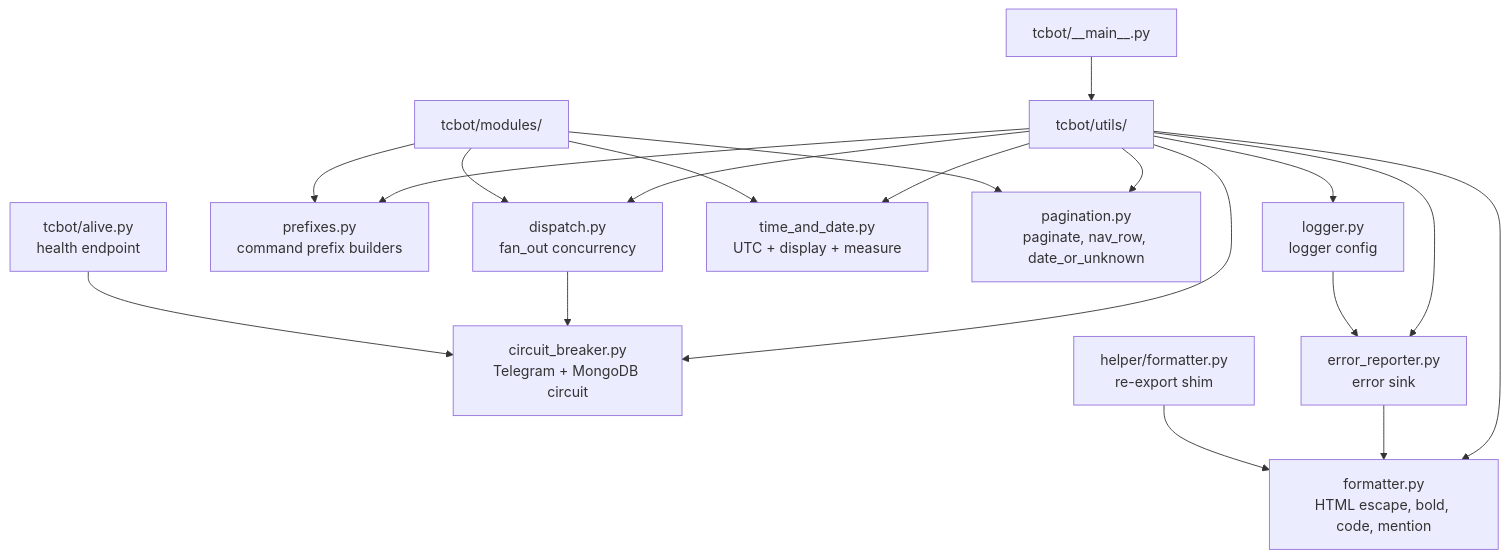
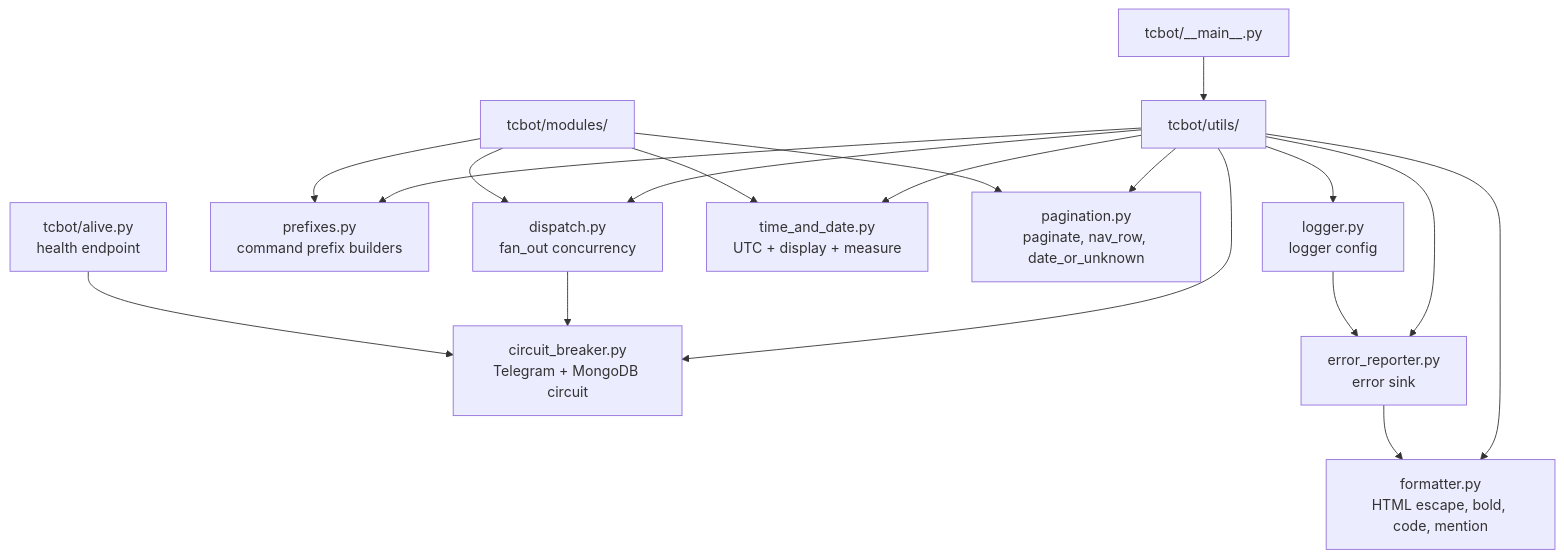
Before and after one commit to D1ZZY4/tgbot_tcf: the diagram in docs/architecture/utilities.md, drawn with Mermaid. The commit also changed other lines of this file and 43 other files, not shown here.

First line of the commit message:
refactor(formatter): single source with helper shim removed

````diff
--- a/docs/architecture/utilities.md
+++ b/docs/architecture/utilities.md
@@ -9,21 +9,20 @@
 ```mermaid
 flowchart TD
     Main[tcbot/__main__.py] --> Utils[tcbot/utils/]
     Utils --> CB[circuit_breaker.py<br/>Telegram + MongoDB circuit]
     Utils --> Dispatch[dispatch.py<br/>fan_out concurrency]
     Utils --> Prefixes[prefixes.py<br/>command prefix builders]
     Utils --> Logging[logger.py<br/>logger config]
     Utils --> ErrorReporter[error_reporter.py<br/>error sink]
     Utils --> TimeDate[time_and_date.py<br/>UTC + display + measure]
     Utils --> Pagination[pagination.py<br/>paginate, nav_row, date_or_unknown]
     Utils --> Fmt[formatter.py<br/>HTML escape, bold, code, mention]
     Dispatch --> CB
     Modules[tcbot/modules/] --> Dispatch
     Modules --> Prefixes
     Modules --> TimeDate
     Modules --> Pagination
     Logging --> ErrorReporter
     ErrorReporter --> Fmt
-    HelperFmt[helper/formatter.py<br/>re-export shim] --> Fmt
     Alive[tcbot/alive.py<br/>health endpoint] --> CB
 ```
````
